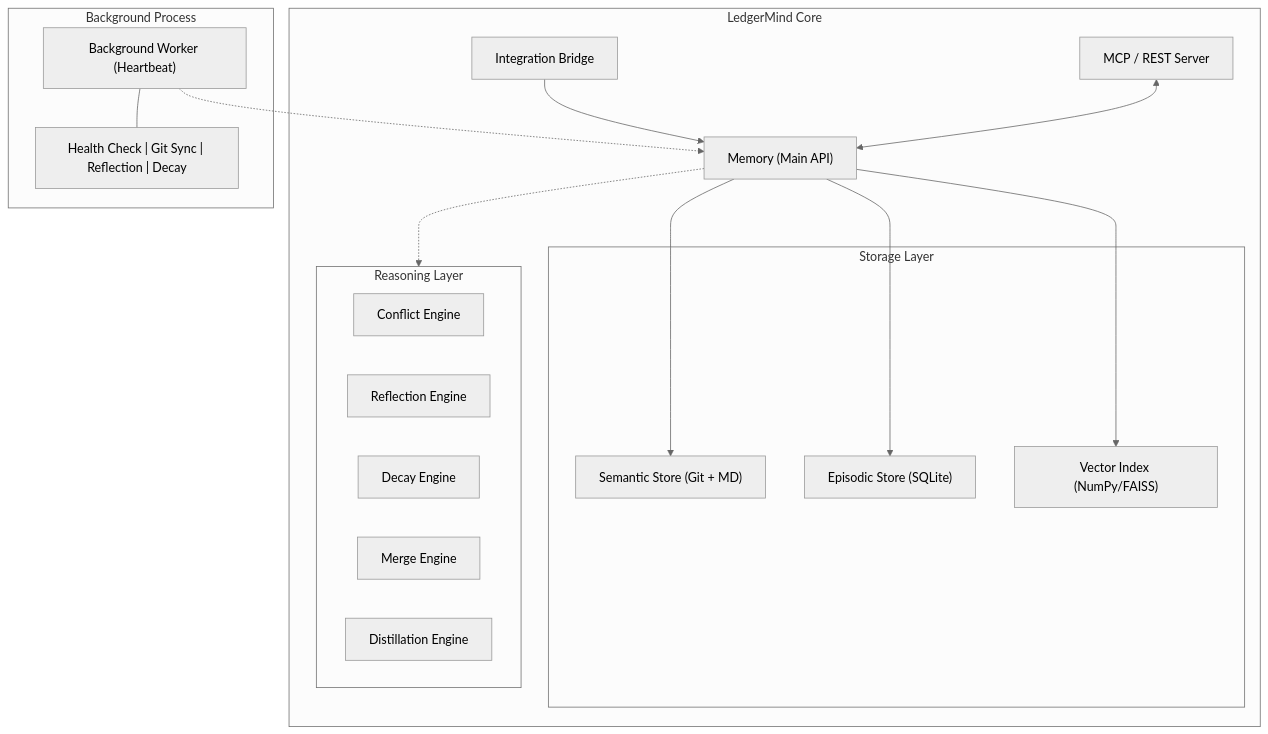
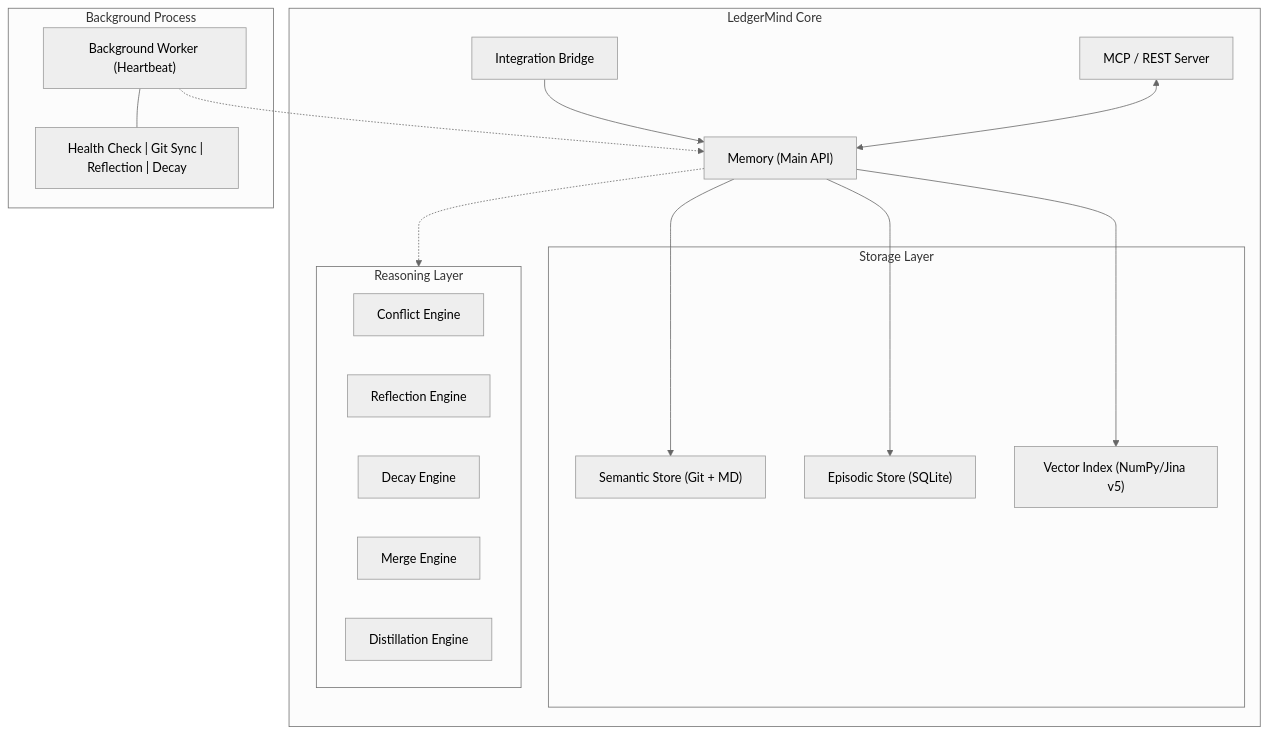
Before and after one commit to sl4m3/ledgermind: the diagram in README.md, drawn with Mermaid (neutral theme). The commit also changed other lines of this file and 14 other files, not shown here.

````diff
--- a/README.md
+++ b/README.md
@@ -44,38 +46,38 @@
 ```mermaid
 graph TD
     subgraph Core ["LedgerMind Core"]
         Bridge["Integration Bridge"]
         Memory["Memory (Main API)"]
         Server["MCP / REST Server"]
         
         Bridge --> Memory
         Server <--> Memory
         
         subgraph Stores ["Storage Layer"]
             Semantic["Semantic Store (Git + MD)"]
             Episodic["Episodic Store (SQLite)"]
-            Vector["Vector Index (NumPy/FAISS)"]
+            Vector["Vector Index (NumPy/Jina v5)"]
         end
         
         Memory --> Semantic
         Memory --> Episodic
         Memory --> Vector
         
         subgraph Reasoning ["Reasoning Layer"]
             Conflict["Conflict Engine"]
             Reflection["Reflection Engine"]
             Decay["Decay Engine"]
             Merge["Merge Engine"]
             Distillation["Distillation Engine"]
         end
         
         Memory -.-> Reasoning
     end
 
     subgraph Background ["Background Process"]
         Worker["Background Worker (Heartbeat)"]
         Worker --- WorkerAction["Health Check | Git Sync | Reflection | Decay"]
     end
     
     Worker -.-> Memory
 ```
````
